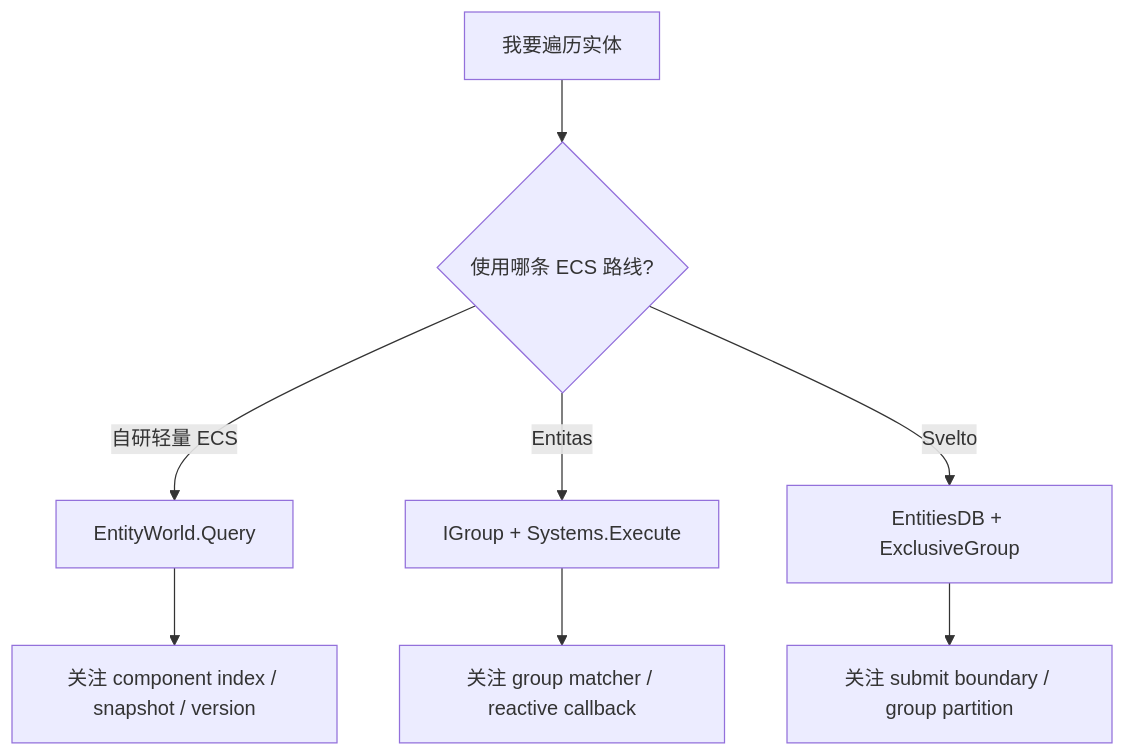
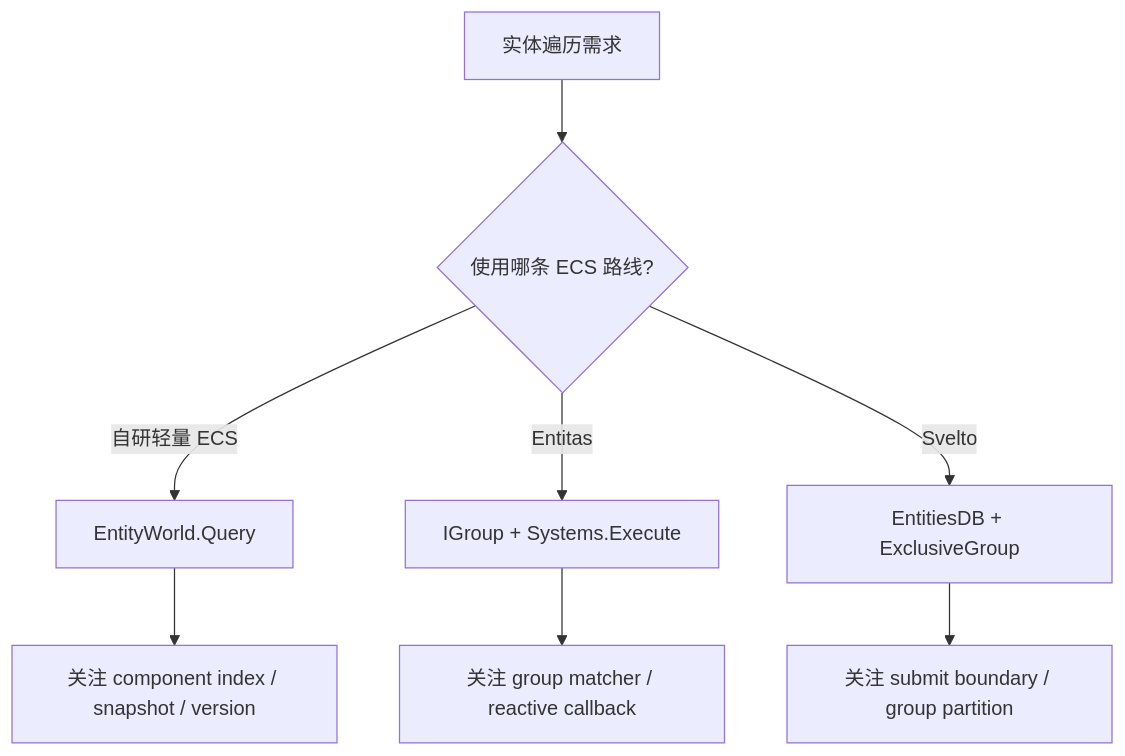
One commit to Kurumioi/AbilityKit changed diagram 12 of 12 in Docs/design/06-ECSArchitecture/03-QueryAndIteration.md. Above: the diagram before and after it, drawn with Mermaid. The commit also changed other lines of this file and 112 other files, not shown here.

````diff
--- a/Docs/design/06-ECSArchitecture/03-QueryAndIteration.md
+++ b/Docs/design/06-ECSArchitecture/03-QueryAndIteration.md
@@ -316,10 +316,10 @@
 ```mermaid
 flowchart TD
-    A["我要遍历实体"] --> B{使用哪条 ECS 路线?}
+    A["实体遍历需求"] --> B{使用哪条 ECS 路线?}
     B -- 自研轻量 ECS --> C["EntityWorld.Query<T...>"]
     B -- Entitas --> D["IGroup + Systems.Execute"]
     B -- Svelto --> E["EntitiesDB + ExclusiveGroup"]
     C --> F["关注 component index / snapshot / version"]
     D --> G["关注 group matcher / reactive callback"]
     E --> H["关注 submit boundary / group partition"]
 ```
````
